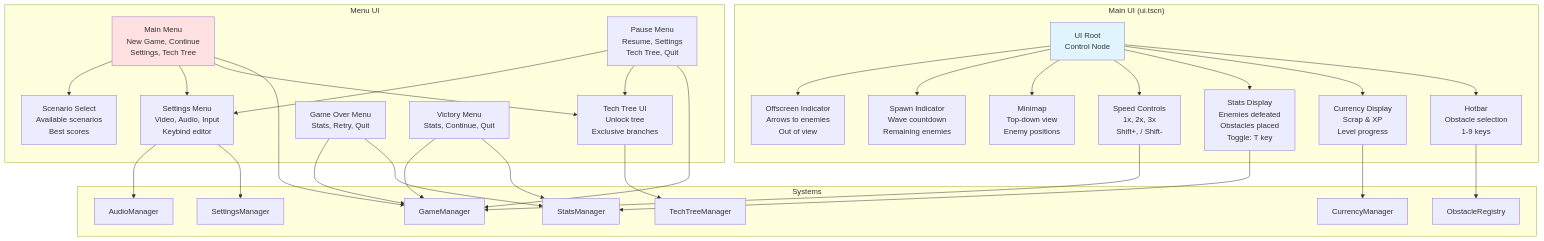
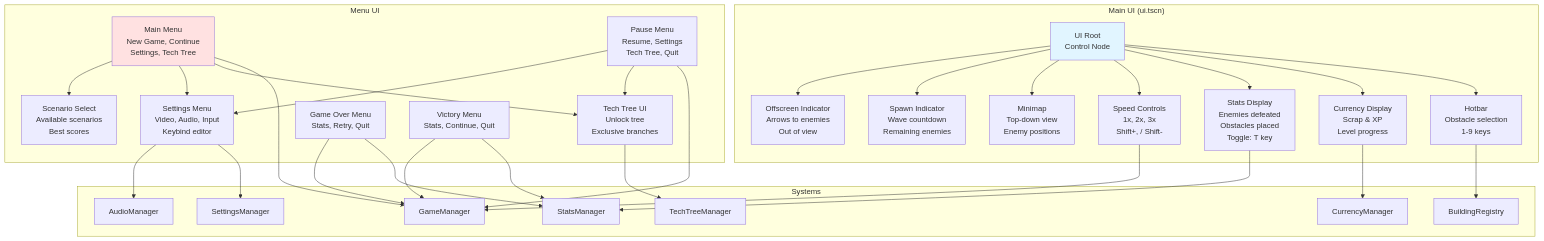
Before and after one commit to saebyn/godot-tower-defense: the sixth of 8 diagrams in docs/ARCHITECTURE.md, drawn with Mermaid. The commit also changed other lines of this file and 40 other files, not shown here.

Commit message:
feat: rename Obstacle→Building identifiers across codebase

````diff
--- a/docs/ARCHITECTURE.md
+++ b/docs/ARCHITECTURE.md
@@ -410,81 +410,81 @@
 ```mermaid
 graph TB
     subgraph "Main UI (ui.tscn)"
         MainUI[UI Root<br/>Control Node]
         
         Hotbar[Hotbar<br/>Obstacle selection<br/>1-9 keys]
         
         CurrencyDisplay[Currency Display<br/>Scrap & XP<br/>Level progress]
         
         StatsDisplay[Stats Display<br/>Enemies defeated<br/>Obstacles placed<br/>Toggle: T key]
         
         SpeedControls[Speed Controls<br/>1x, 2x, 3x<br/>Shift+, / Shift-]
         
         Minimap[Minimap<br/>Top-down view<br/>Enemy positions]
         
         SpawnIndicator[Spawn Indicator<br/>Wave countdown<br/>Remaining enemies]
         
         OffscreenIndicator[Offscreen Indicator<br/>Arrows to enemies<br/>Out of view]
     end
     
     subgraph "Menu UI"
         MainMenu[Main Menu<br/>New Game, Continue<br/>Settings, Tech Tree]
         
         PauseMenu[Pause Menu<br/>Resume, Settings<br/>Tech Tree, Quit]
         
         ScenarioSelect[Scenario Select<br/>Available scenarios<br/>Best scores]
         
         TechTree[Tech Tree UI<br/>Unlock tree<br/>Exclusive branches]
         
         Settings[Settings Menu<br/>Video, Audio, Input<br/>Keybind editor]
         
         GameOver[Game Over Menu<br/>Stats, Retry, Quit]
         
         Victory[Victory Menu<br/>Stats, Continue, Quit]
     end
     
     subgraph "Systems"
         GM[GameManager]
         CM[CurrencyManager]
         SM[StatsManager]
         TTM[TechTreeManager]
-        OR[ObstacleRegistry]
+        OR[BuildingRegistry]
         AM[AudioManager]
         SetM[SettingsManager]
     end
     
     MainUI --> Hotbar
     MainUI --> CurrencyDisplay
     MainUI --> StatsDisplay
     MainUI --> SpeedControls
     MainUI --> Minimap
     MainUI --> SpawnIndicator
     MainUI --> OffscreenIndicator
     
     Hotbar --> OR
     CurrencyDisplay --> CM
     StatsDisplay --> SM
     SpeedControls --> GM
     
     MainMenu --> GM
     MainMenu --> TechTree
     MainMenu --> Settings
     MainMenu --> ScenarioSelect
     
     PauseMenu --> GM
     PauseMenu --> TechTree
     PauseMenu --> Settings
     
     TechTree --> TTM
     Settings --> SetM
     Settings --> AM
     
     GameOver --> SM
     GameOver --> GM
     
     Victory --> SM
     Victory --> GM
     
     style MainUI fill:#e1f5ff
     style MainMenu fill:#ffe1e1
 ```
````
